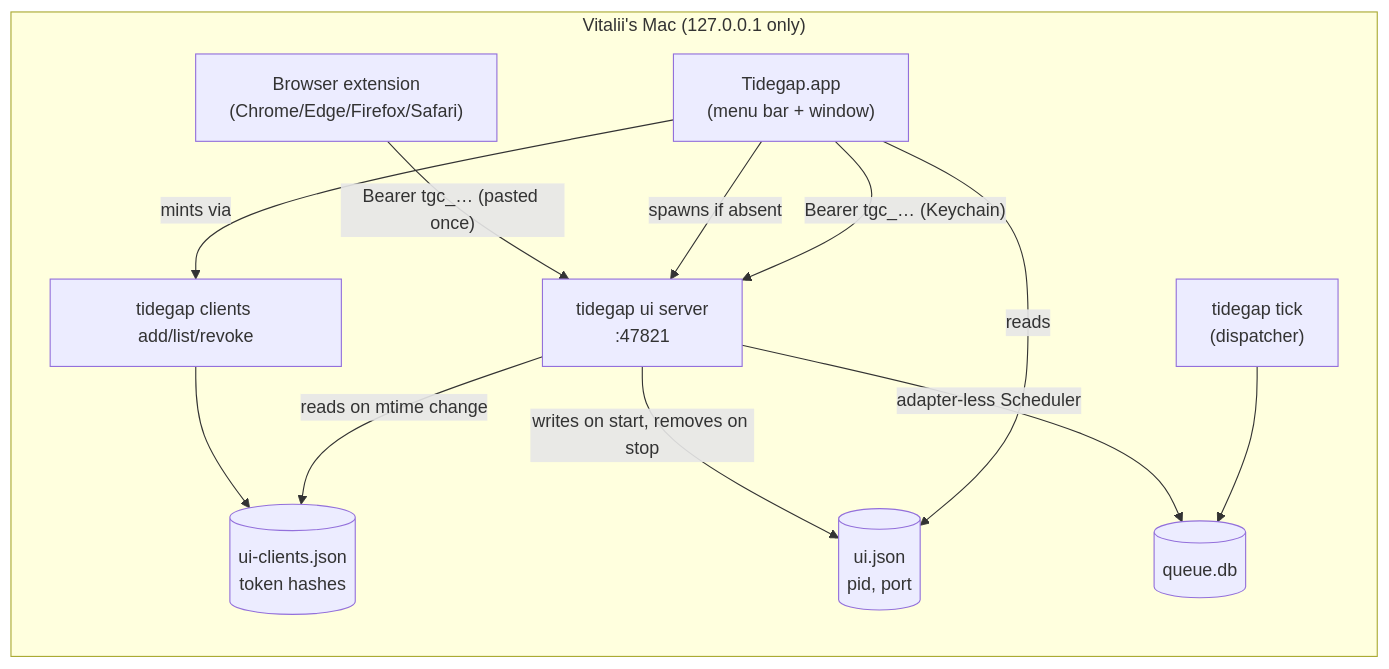
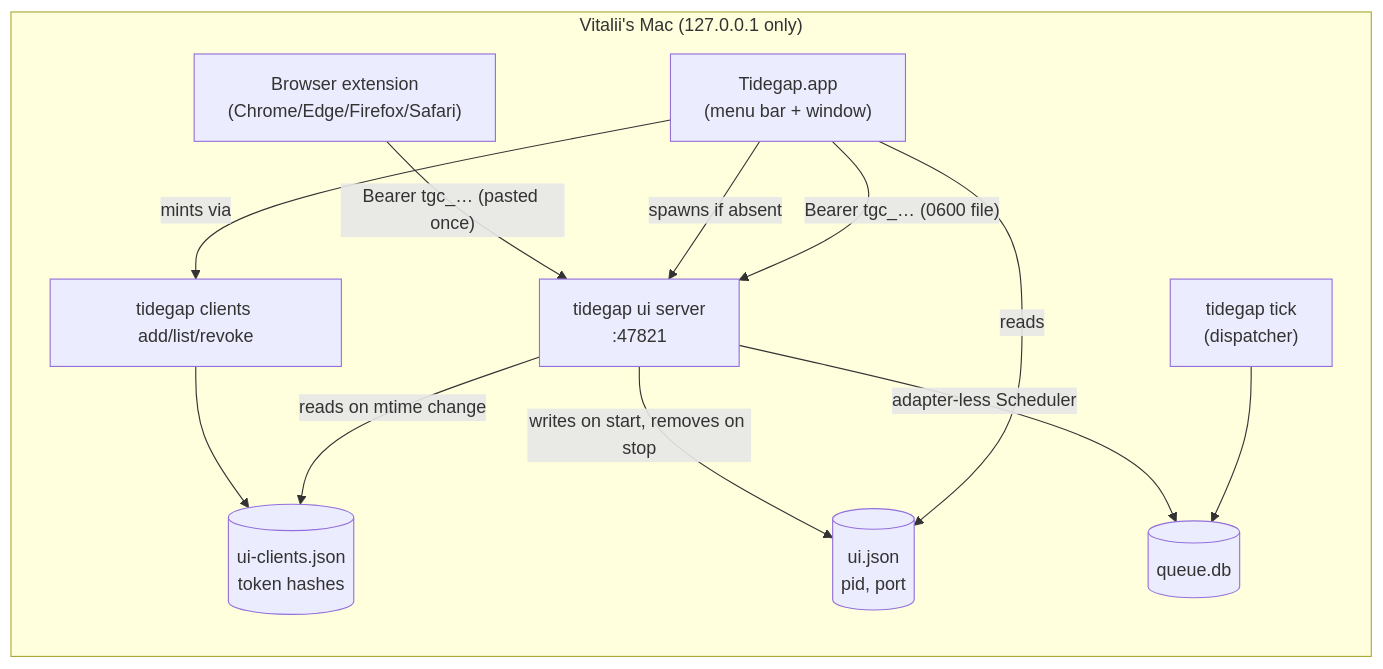
The first of 3 diagrams in docs/plans/2026-10-17-0647-feat-native-clients-plan.md (Vitalini/ebb-ai), drawn with Mermaid before and after one commit. The commit also changed other lines of this file, not shown here.

````diff
--- a/docs/plans/2026-10-17-0647-feat-native-clients-plan.md
+++ b/docs/plans/2026-10-17-0647-feat-native-clients-plan.md
@@ -152,23 +159,23 @@
 ```mermaid
 flowchart LR
   subgraph Mac["Vitalii's Mac (127.0.0.1 only)"]
     CLI["tidegap clients add/list/revoke"]
     REG[("ui-clients.json<br/>token hashes")]
     DISC[("ui.json<br/>pid, port")]
     SRV["tidegap ui server<br/>:47821"]
     DB[("queue.db")]
     TICK["tidegap tick<br/>(dispatcher)"]
     EXT["Browser extension<br/>(Chrome/Edge/Firefox/Safari)"]
     APP["Tidegap.app<br/>(menu bar + window)"]
   end
   CLI --> REG
   SRV -- reads on mtime change --> REG
   SRV -- writes on start, removes on stop --> DISC
   SRV -- adapter-less Scheduler --> DB
   TICK --> DB
   EXT -- "Bearer tgc_… (pasted once)" --> SRV
   APP -- reads --> DISC
   APP -- "spawns if absent" --> SRV
   APP -- "mints via" --> CLI
-  APP -- "Bearer tgc_… (Keychain)" --> SRV
+  APP -- "Bearer tgc_… (0600 file)" --> SRV
 ```
````
